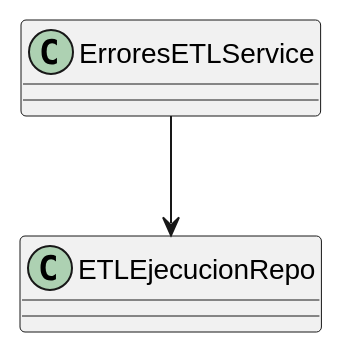
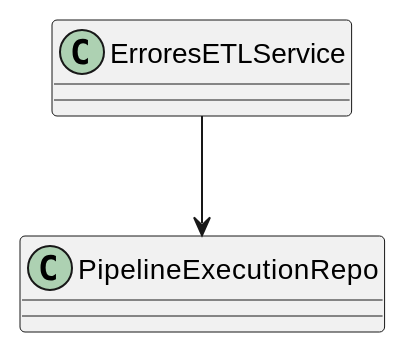
Before and after one commit to jcg-admin/IACT-docs: the diagram in source/requisitos/casos-uso/pipeline/uc-pip-02/diagramas-uml/clases.rst, drawn with PlantUML. The commit also changed 96 other files, not shown here.

```diff
--- a/source/requisitos/casos-uso/pipeline/uc-pip-02/diagramas-uml/clases.rst
+++ b/source/requisitos/casos-uso/pipeline/uc-pip-02/diagramas-uml/clases.rst
@@ -4,7 +4,7 @@
 .. uml::
 
  @startuml
  class ErroresETLService
- class ETLEjecucionRepo
- ErroresETLService --> ETLEjecucionRepo
+ class PipelineExecutionRepo
+ ErroresETLService --> PipelineExecutionRepo
  @enduml
```
